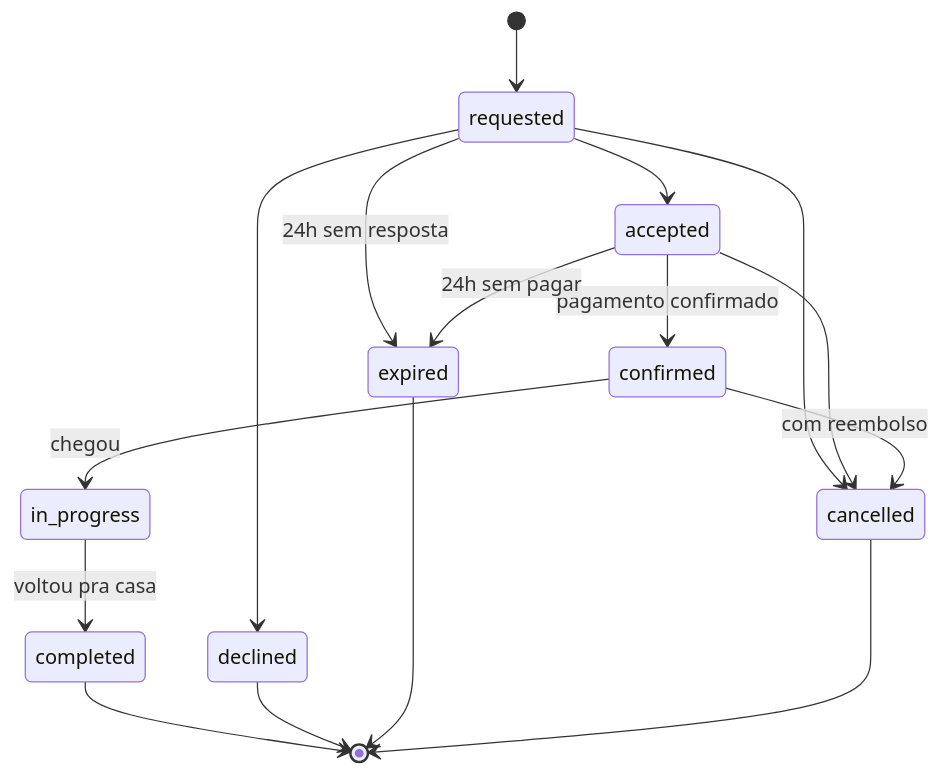
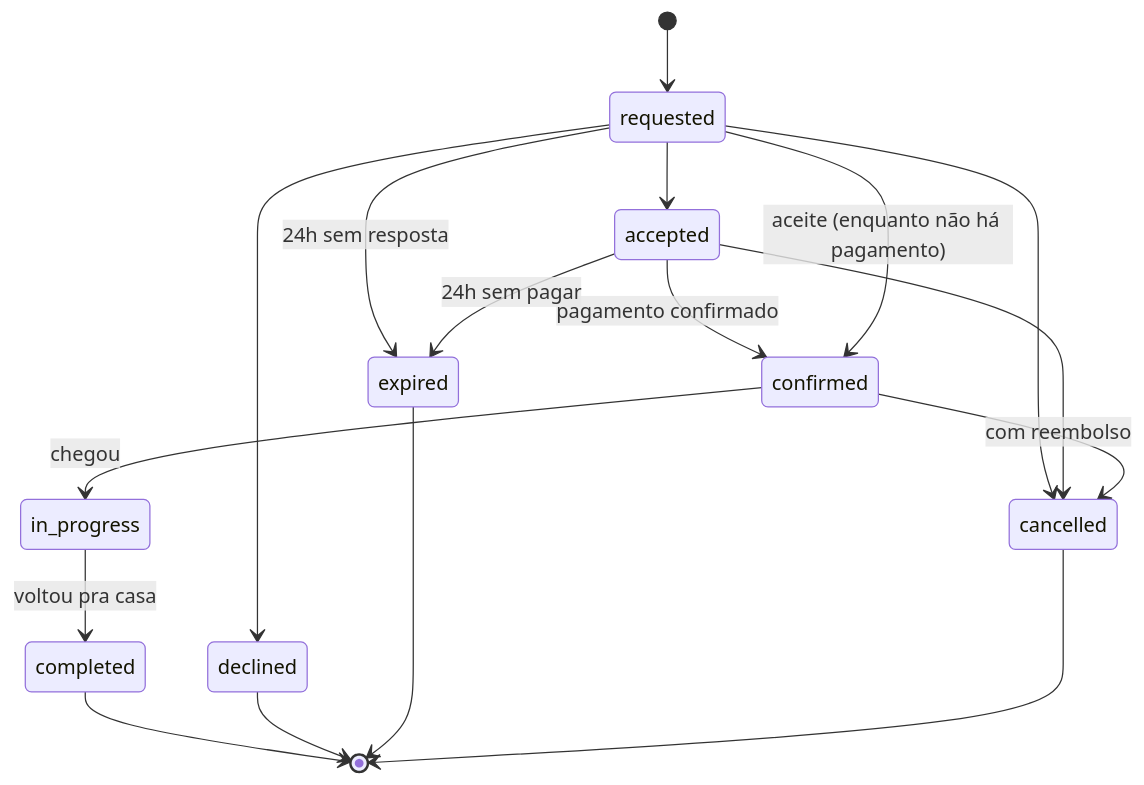
One commit to Olival42/pethost_backend changed the second of 2 diagrams in docs/dicionario-de-dados.md. Above: the diagram before and after it, drawn with Mermaid. The commit also changed other lines of this file and 140 other files, not shown here.

````diff
--- a/docs/dicionario-de-dados.md
+++ b/docs/dicionario-de-dados.md
@@ -869,18 +878,19 @@
 ```mermaid
 stateDiagram-v2
     [*] --> requested
     requested --> accepted
     requested --> declined
     requested --> expired: 24h sem resposta
     accepted --> confirmed: pagamento confirmado
+    requested --> confirmed: aceite (enquanto não há pagamento)
     accepted --> expired: 24h sem pagar
     requested --> cancelled
     accepted --> cancelled
     confirmed --> cancelled: com reembolso
     confirmed --> in_progress: chegou
     in_progress --> completed: voltou pra casa
     completed --> [*]
     declined --> [*]
     expired --> [*]
     cancelled --> [*]
 ```
````
